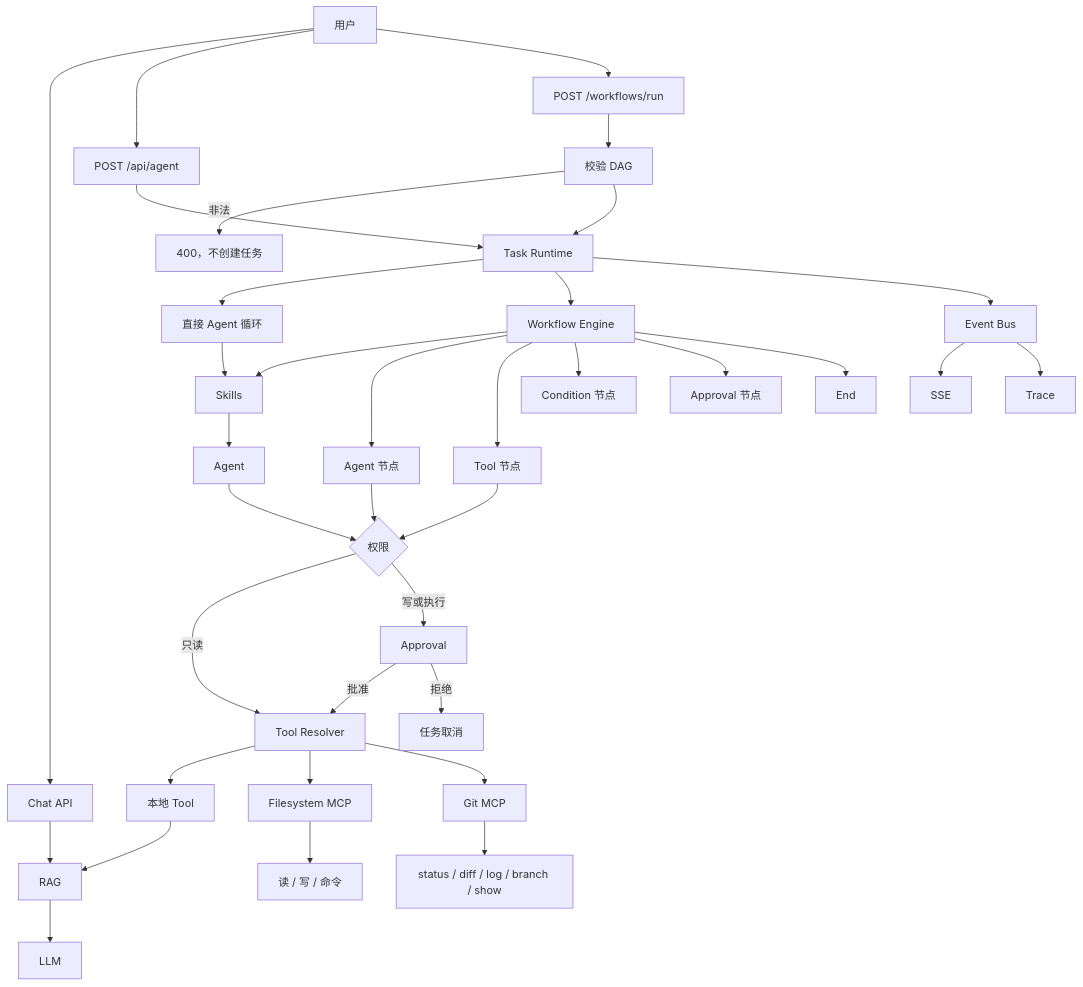
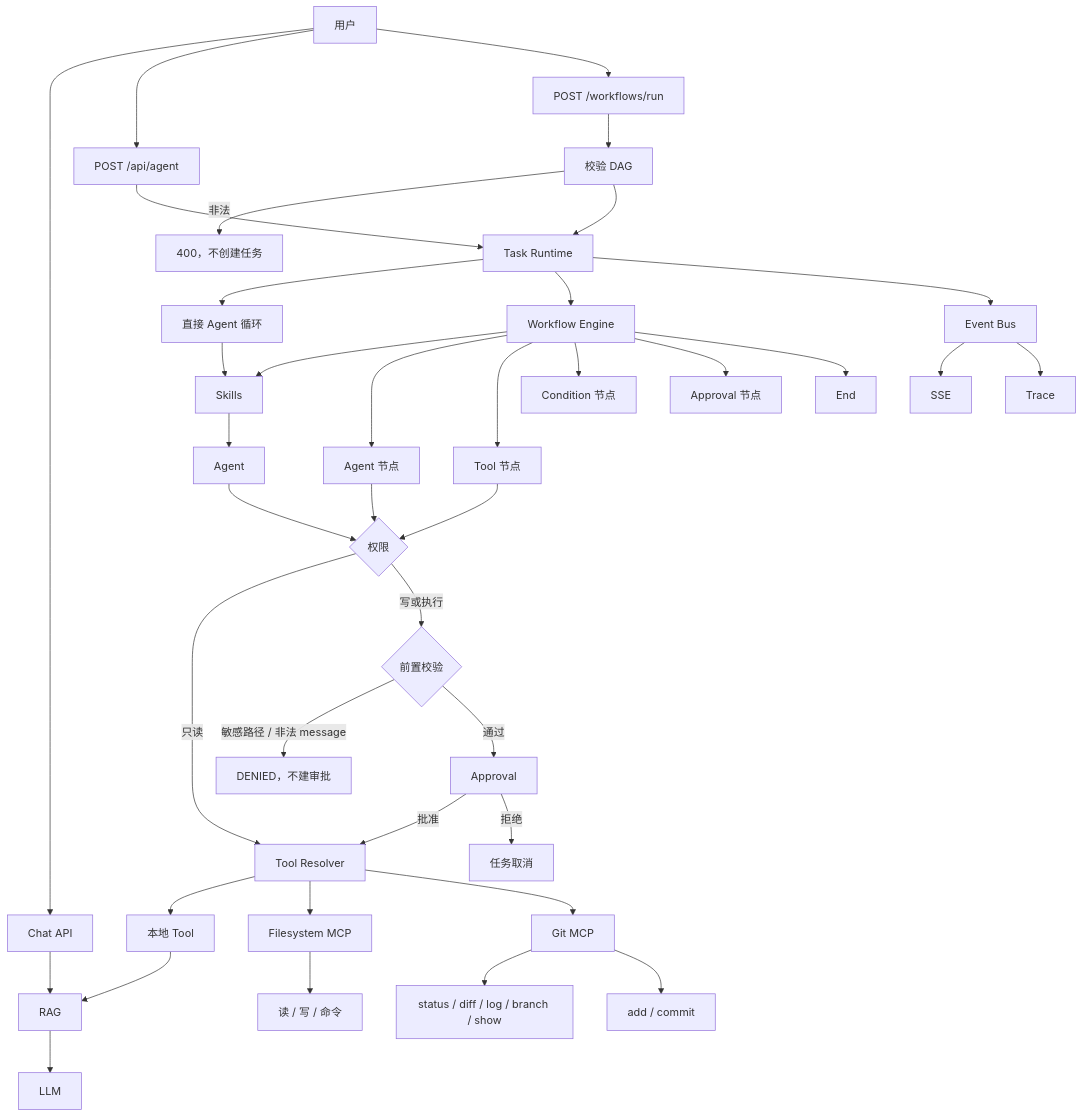
Before and after one commit to WaitingChen0117/agent-workbench: the diagram in README.md, drawn with Mermaid. The commit also changed other lines of this file and 2 other files, not shown here.

Commit message:
Add the v1.3.0 architecture as it existed when git writes shipped.

````diff
--- a/README.md
+++ b/README.md
@@ -21,37 +21,40 @@
 ```mermaid
 flowchart TB
   user["用户"] --> chat["Chat API"]
   user --> post["POST /api/agent"]
   user --> wf["POST /workflows/run"]
   chat --> rag["RAG"] --> llm["LLM"]
   wf --> validator["校验 DAG"]
   validator -->|非法| bad["400，不创建任务"]
   validator --> runtime["Task Runtime"]
   post --> runtime
   runtime --> direct["直接 Agent 循环"]
   runtime --> engine["Workflow Engine"]
   direct --> skills["Skills"]
   engine --> skills
   skills --> agent["Agent"]
   engine --> agentNode["Agent 节点"]
   engine --> toolNode["Tool 节点"]
   engine --> cond["Condition 节点"]
   engine --> apprNode["Approval 节点"]
   engine --> endNode["End"]
   agent --> gate{"权限"}
   agentNode --> gate
   toolNode --> gate
   gate -->|只读| resolver["Tool Resolver"]
-  gate -->|写或执行| approval["Approval"]
+  gate -->|写或执行| guard{"前置校验"}
+  guard -->|敏感路径 / 非法 message| denied["DENIED，不建审批"]
+  guard -->|通过| approval["Approval"]
   approval -->|批准| resolver
   approval -->|拒绝| cancel["任务取消"]
   resolver --> local["本地 Tool"]
   resolver --> fsmcp["Filesystem MCP"]
   resolver --> gitmcp["Git MCP"]
   local --> rag
   fsmcp --> files["读 / 写 / 命令"]
-  gitmcp --> git["status / diff / log / branch / show"]
+  gitmcp --> gitRead["status / diff / log / branch / show"]
+  gitmcp --> gitWrite["add / commit"]
   runtime --> bus["Event Bus"]
   bus --> sse["SSE"]
   bus --> trace["Trace"]
 ```
````
